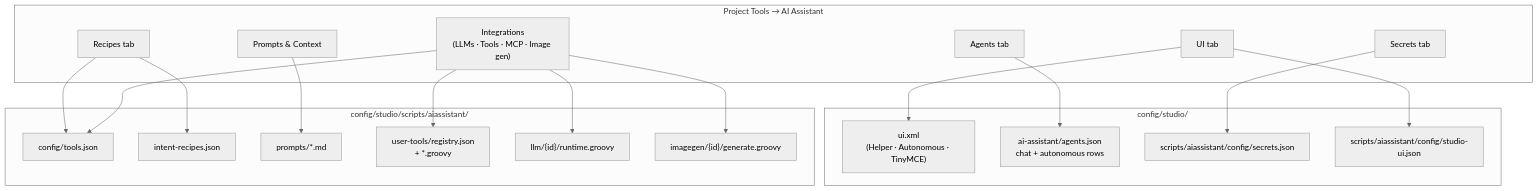
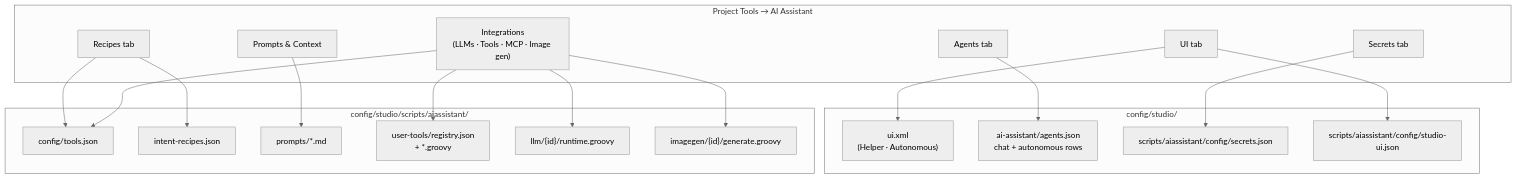
The third of 13 diagrams in docs/architecture-diagrams.md (craftercms/ai-assistant-plugin), drawn with Mermaid (neutral theme) before and after one commit. The commit also changed other lines of this file and 20 other files, not shown here.

First line of the commit message:
Remove TinyMCE plugin integration from the Studio bundle.

````diff
--- a/docs/architecture-diagrams.md
+++ b/docs/architecture-diagrams.md
@@ -139,39 +137,39 @@
 ```mermaid
 flowchart TB
   subgraph adminUi["Project Tools → AI Assistant"]
     TabUI["UI tab"]
     TabAgents["Agents tab"]
     TabRecipes["Recipes tab"]
     TabInt["Integrations\n(LLMs · Tools · MCP · Image gen)"]
     TabSecrets["Secrets tab"]
     TabPrompts["Prompts & Context"]
   end
 
   subgraph studioConfig["config/studio/"]
-    UiXml["ui.xml\n(Helper · Autonomous · TinyMCE)"]
+    UiXml["ui.xml\n(Helper · Autonomous)"]
     Agents["ai-assistant/agents.json\nchat + autonomous rows"]
     Secrets["scripts/aiassistant/config/secrets.json"]
     StudioUi["scripts/aiassistant/config/studio-ui.json"]
   end
 
   subgraph siteScripts["config/studio/scripts/aiassistant/"]
     ToolsJson["config/tools.json"]
     RecipesJson["intent-recipes.json"]
     PromptsMd["prompts/*.md"]
     UserTools["user-tools/registry.json\n+ *.groovy"]
     ScriptLlm["llm/{id}/runtime.groovy"]
     ImageGen["imagegen/{id}/generate.groovy"]
   end
 
   TabUI --> StudioUi
   TabUI --> UiXml
   TabAgents --> Agents
   TabSecrets --> Secrets
   TabRecipes --> RecipesJson
   TabRecipes --> ToolsJson
   TabInt --> ToolsJson
   TabInt --> ScriptLlm
   TabInt --> ImageGen
   TabInt --> UserTools
   TabPrompts --> PromptsMd
 ```
````
